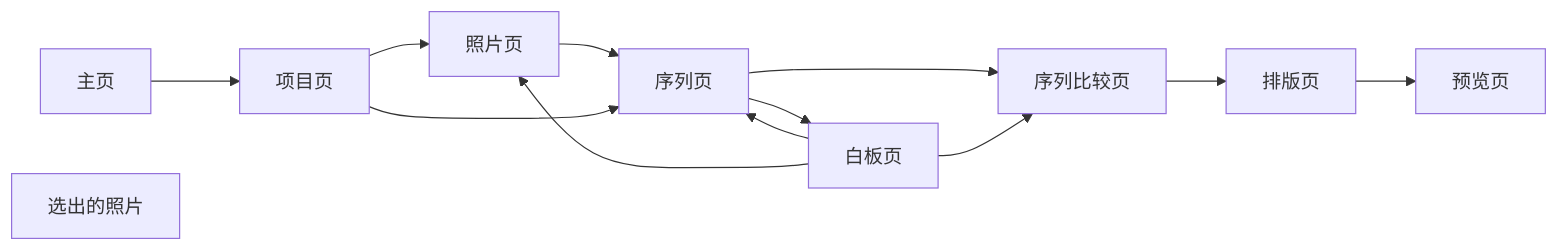
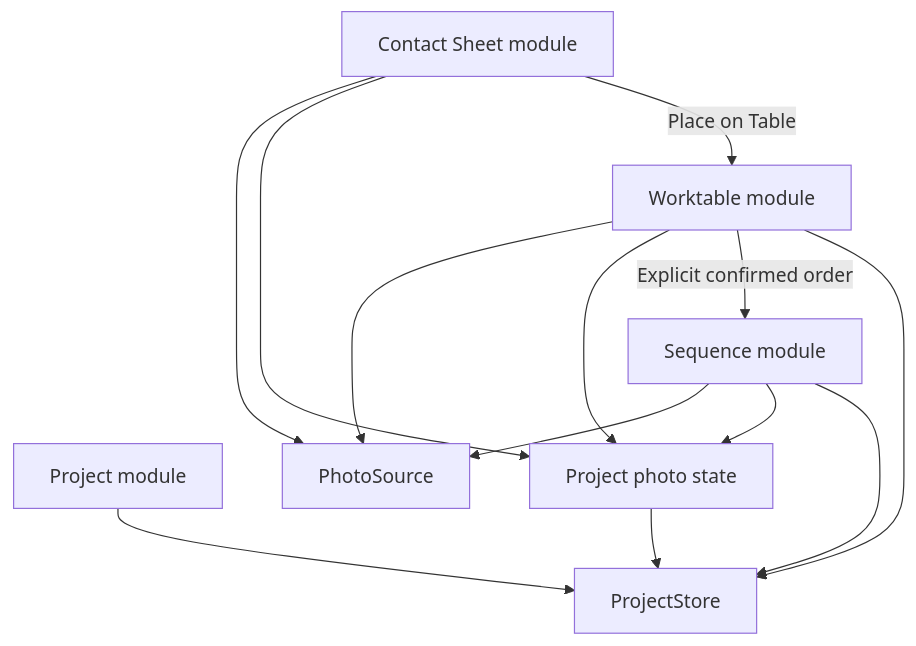
Before and after one commit to maadjdot/Photoflex: the second of 3 diagrams in MVP_Sequence/photoflex-MVP/docs/PRD_Sequence.md, drawn with Mermaid. The commit also changed other lines of this file and 80 other files, not shown here.

Commit message:
feat(m2): add worktable interactions and sequence tools

````diff
--- a/MVP_Sequence/photoflex-MVP/docs/PRD_Sequence.md
+++ b/MVP_Sequence/photoflex-MVP/docs/PRD_Sequence.md
@@ -217,19 +152,26 @@
 ```mermaid
-flowchart LR
-    Home[主页]
-    Proj[项目页]
-    Photo[照片页]
-    Pool[选出的照片]
-    Sequence[序列页]
-    White[白板页]
-    SC[序列比较页]
-    Design[排版页]
-    Preview[预览页]
+flowchart TB
+    Project[Project module]
+    Contact[Contact Sheet module]
+    Worktable[Worktable module]
+    Sequence[Sequence module]
+    PhotoState[Project photo state]
+    PhotoSource[PhotoSource]
+    Store[ProjectStore]
 
-    Home --> Proj --> Photo --> Sequence --> SC --> Design --> Preview
-    Proj --> Sequence
-    Sequence --> White
-    White --> SC
-    White --> Sequence
-    White --> Photo
+    Contact --> PhotoSource
+    Worktable --> PhotoSource
+    Sequence --> PhotoSource
+
+    Contact --> PhotoState
+    Worktable --> PhotoState
+    Sequence --> PhotoState
+
+    Contact -->|Place on Table| Worktable
+    Worktable -->|Explicit confirmed order| Sequence
+
+    Project --> Store
+    PhotoState --> Store
+    Worktable --> Store
+    Sequence --> Store
 ```
````
